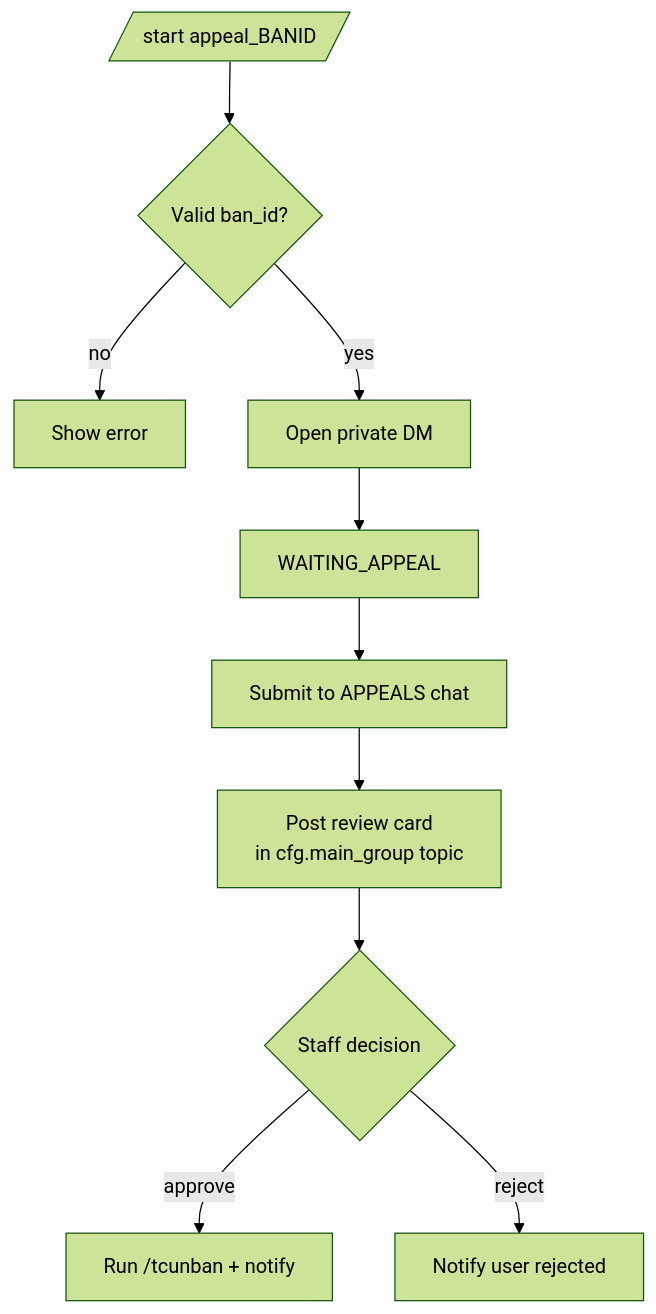
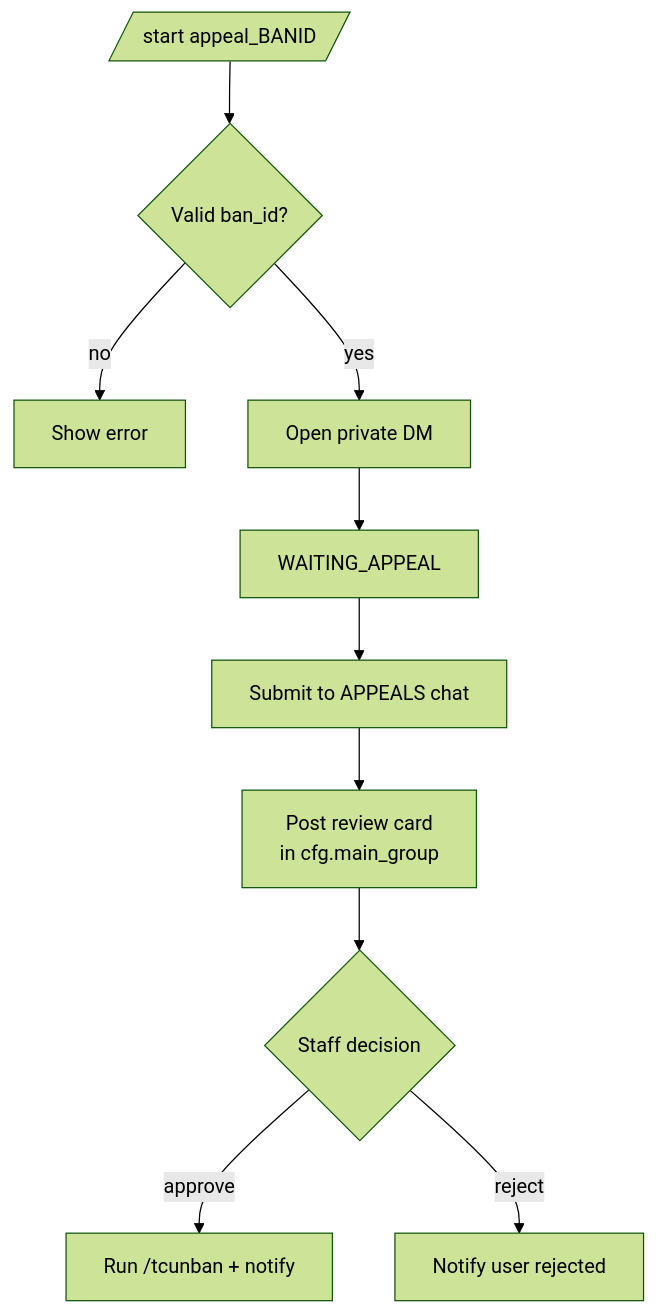
The diagram in docs/features/appeals.md (D1ZZY4/tcbot), drawn with Mermaid (forest theme) before and after one commit. The commit also changed other lines of this file and 20 other files, not shown here.

First line of the commit message:
refactor(appeals): simplify appeal config and split submission flow

````diff
--- a/docs/features/appeals.md
+++ b/docs/features/appeals.md
@@ -11,12 +11,12 @@
 ```mermaid
 flowchart TD
     DeepLink[/start appeal_BANID/] --> Validate{Valid ban_id?}
     Validate -->|no| Reject[Show error]
     Validate -->|yes| DM[Open private DM]
     DM --> Reason[WAITING_APPEAL]
     Reason --> Submit[Submit to APPEALS chat]
-    Submit --> ReviewCard[Post review card<br/>in cfg.main_group topic]
+    Submit --> ReviewCard[Post review card<br/>in cfg.main_group]
     ReviewCard --> Decision{Staff decision}
     Decision -->|approve| Unban[Run /tcunban + notify]
     Decision -->|reject| Notify[Notify user rejected]
 ```
````
